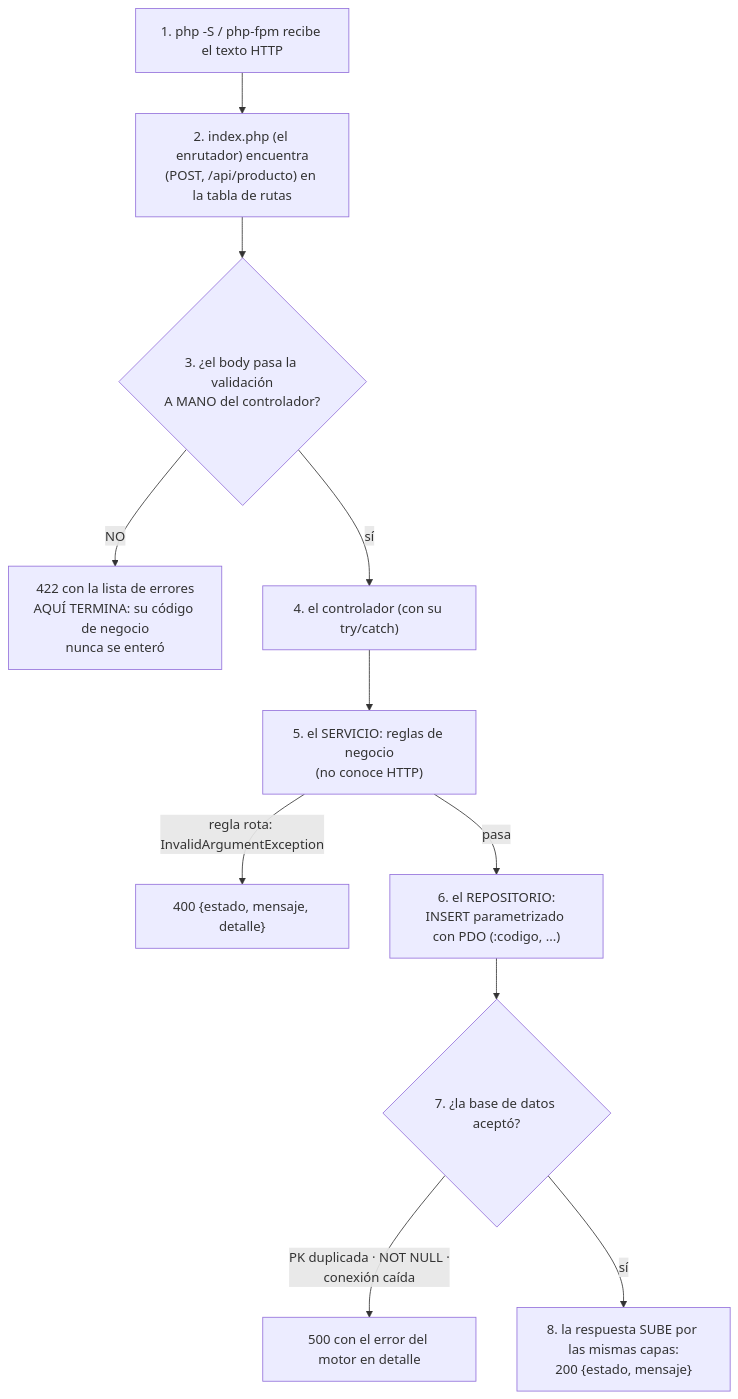
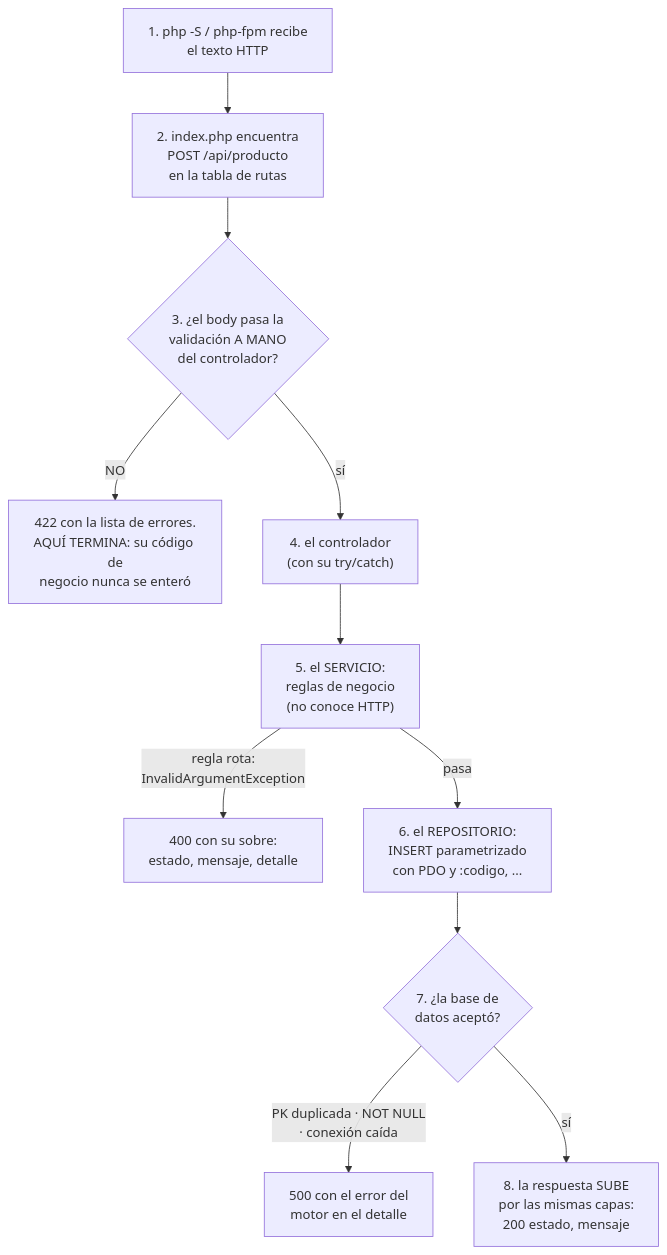
One commit to ccastro2050/proyecto_php_sin_docker changed the first of 2 diagrams in docs/FLUJO_DE_UNA_PETICION.md. Above: the diagram before and after it, drawn with Mermaid. The commit also changed other lines of this file, not shown here.

Commit message:
FLUJO_DE_UNA_PETICION: diagramas regenerados con renglones cortos y sin corchetes/llaves en las etiquetas — GitHub recortaba el texto de las cajas

````diff
--- a/docs/FLUJO_DE_UNA_PETICION.md
+++ b/docs/FLUJO_DE_UNA_PETICION.md
@@ -110,13 +110,13 @@
 ```mermaid
 flowchart TD
-    A["1. php -S / php-fpm recibe el texto HTTP"] --> B["2. index.php (el enrutador) encuentra<br/>(POST, /api/producto) en la tabla de rutas"]
-    B --> C{"3. ¿el body pasa la validación<br/>A MANO del controlador?"}
-    C -->|"NO"| E422["422 con la lista de errores<br/>AQUÍ TERMINA: su código de negocio<br/>nunca se enteró"]
-    C -->|"sí"| D["4. el controlador (con su try/catch)"]
-    D --> E["5. el SERVICIO: reglas de negocio<br/>(no conoce HTTP)"]
-    E -->|"regla rota: InvalidArgumentException"| E400["400 {estado, mensaje, detalle}"]
-    E -->|"pasa"| F["6. el REPOSITORIO:<br/>INSERT parametrizado con PDO (:codigo, ...)"]
-    F --> G{"7. ¿la base de datos aceptó?"}
-    G -->|"PK duplicada · NOT NULL ·<br/>conexión caída"| E500["500 con el error del motor en detalle"]
-    G -->|"sí"| OK["8. la respuesta SUBE por las mismas capas:<br/>200 {estado, mensaje}"]
+    A["1. php -S / php-fpm recibe<br/>el texto HTTP"] --> B["2. index.php encuentra<br/>POST /api/producto<br/>en la tabla de rutas"]
+    B --> C{"3. ¿el body pasa la<br/>validación A MANO<br/>del controlador?"}
+    C -->|"NO"| E422["422 con la lista de errores.<br/>AQUÍ TERMINA: su código de<br/>negocio nunca se enteró"]
+    C -->|"sí"| D["4. el controlador<br/>(con su try/catch)"]
+    D --> E["5. el SERVICIO:<br/>reglas de negocio<br/>(no conoce HTTP)"]
+    E -->|"regla rota:<br/>InvalidArgumentException"| E400["400 con su sobre:<br/>estado, mensaje, detalle"]
+    E -->|"pasa"| F["6. el REPOSITORIO:<br/>INSERT parametrizado<br/>con PDO y :codigo, ..."]
+    F --> G{"7. ¿la base de<br/>datos aceptó?"}
+    G -->|"PK duplicada · NOT NULL<br/>· conexión caída"| E500["500 con el error del<br/>motor en el detalle"]
+    G -->|"sí"| OK["8. la respuesta SUBE<br/>por las mismas capas:<br/>200 estado, mensaje"]
 ```
````
